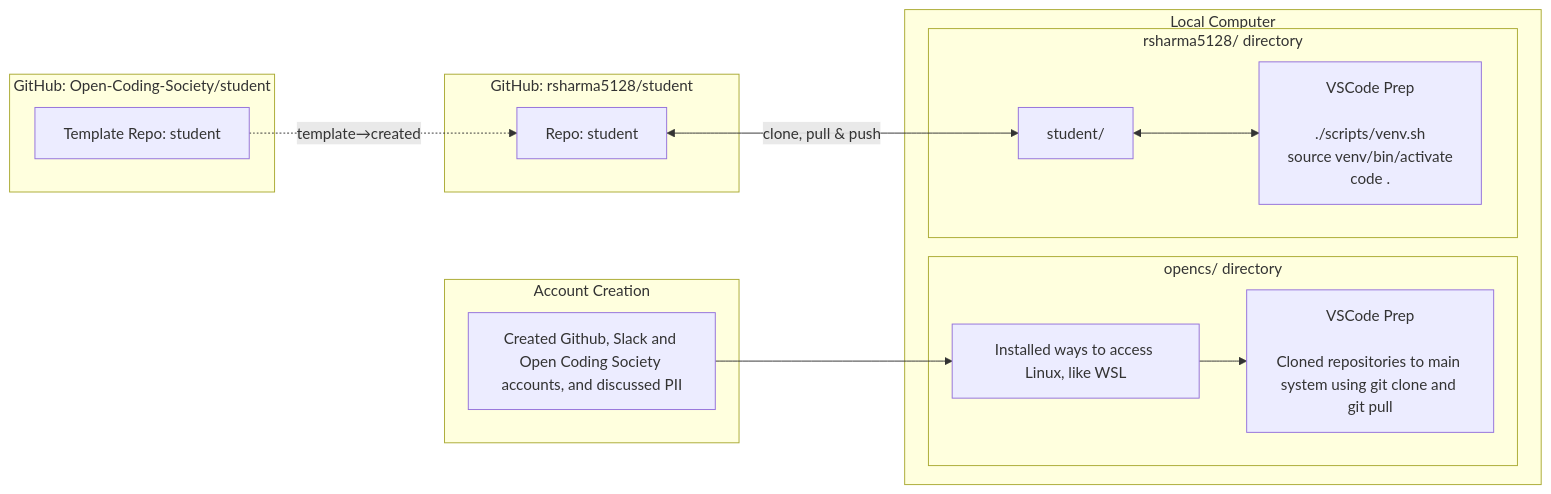
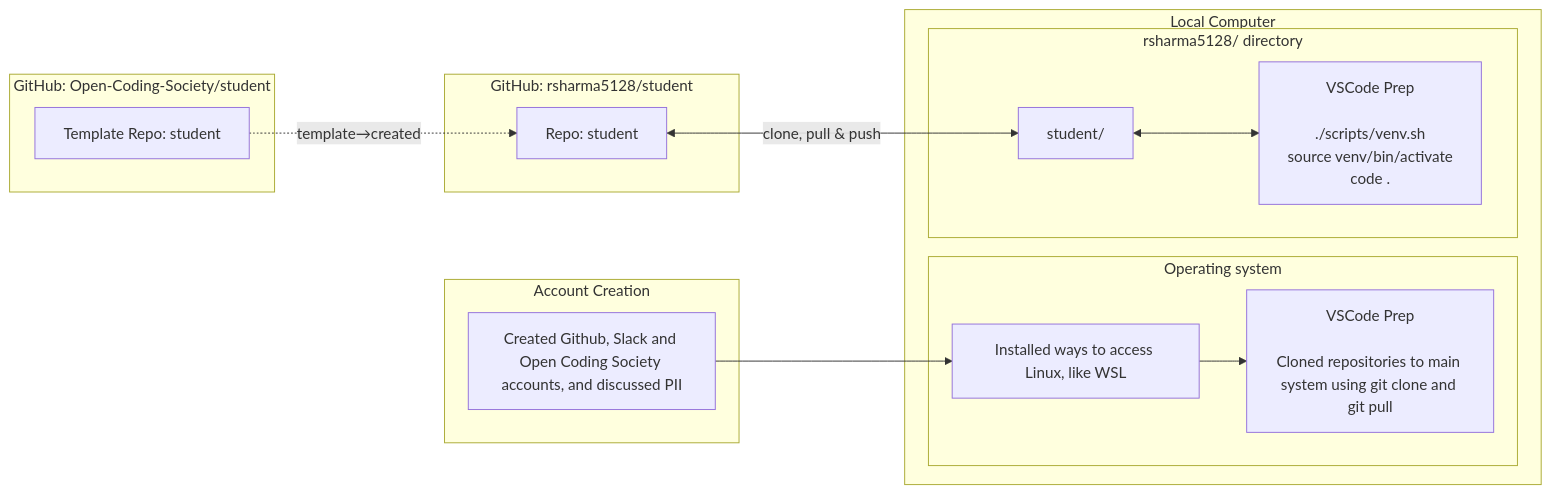
Before and after one commit to rsharma5128/student: the second of 2 diagrams in navigation/journey.md, drawn with Mermaid.

Commit message:
changed title of subgraph

````diff
--- a/navigation/journey.md
+++ b/navigation/journey.md
@@ -59,39 +59,39 @@
 ```mermaid
 flowchart LR
     %% GitHub Sources
     subgraph GitHub_Pages[Account Creation]
         A[Created Github, Slack and Open Coding Society accounts, and discussed PII]:::repo
     end
 
     subgraph GitHub_Template[GitHub: Open-Coding-Society/student]
         T[Template Repo: student]:::repo
     end
 
     subgraph GitHub_Student[GitHub: rsharma5128/student]
         B[Repo: student]:::repo
     end
 
     %% Operating system
     subgraph Local[Local Computer]
-        subgraph opencs_dir[opencs/ directory]
+        subgraph opencs_dir[Operating system]
             C[Installed ways to access Linux, like WSL]:::local
             Ccmd[VSCode Prep<br/><br/>Cloned repositories to main system using git clone and git pull]:::cmd
         end
         subgraph user_dir[rsharma5128/ directory]
             D[student/]:::local
             Dcmd[VSCode Prep<br/><br/>./scripts/venv.sh<br/>source venv/bin/activate<br/>code .]:::cmd
         end
     end
 
     %% Arrows: cloning
     A --> C
     B <--> |clone, pull & push| D
 
     %% Arrows: template relationship
     T -.->|template→created| B
 
     %% Arrows: commands
     C --> Ccmd
     D <--> Dcmd
 
 ```
````
